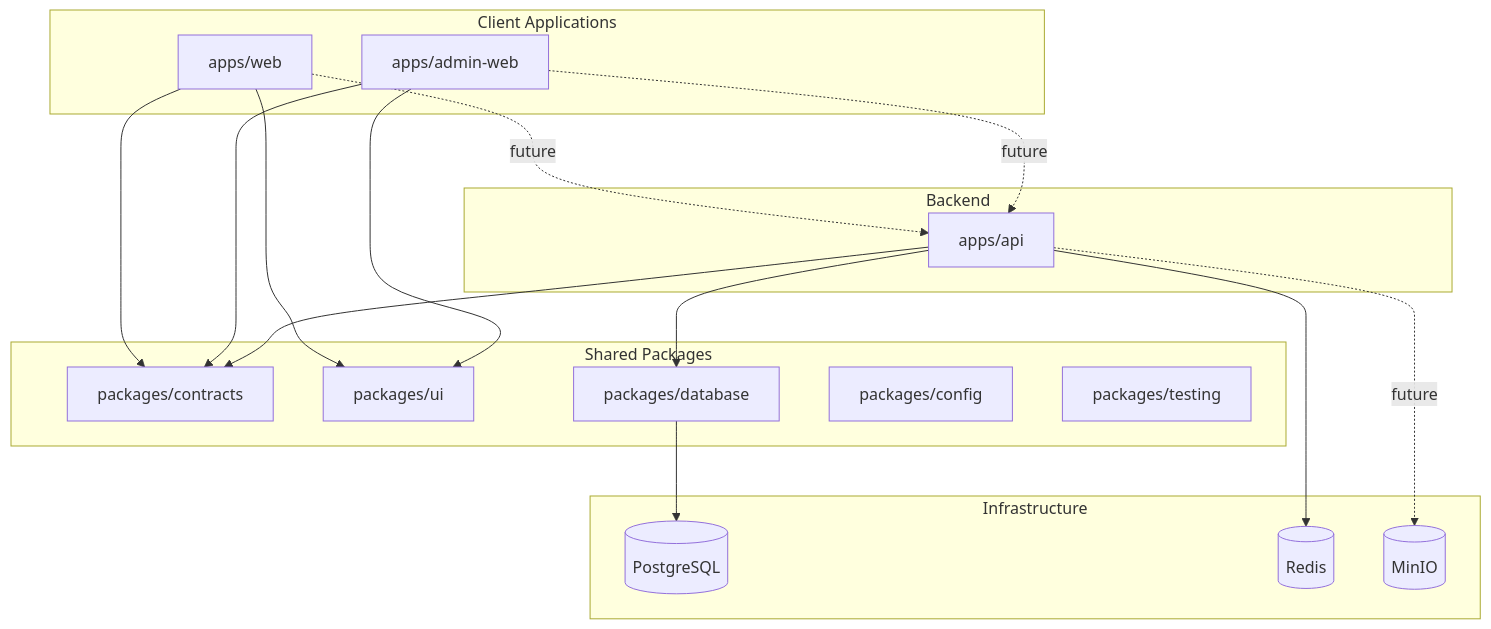
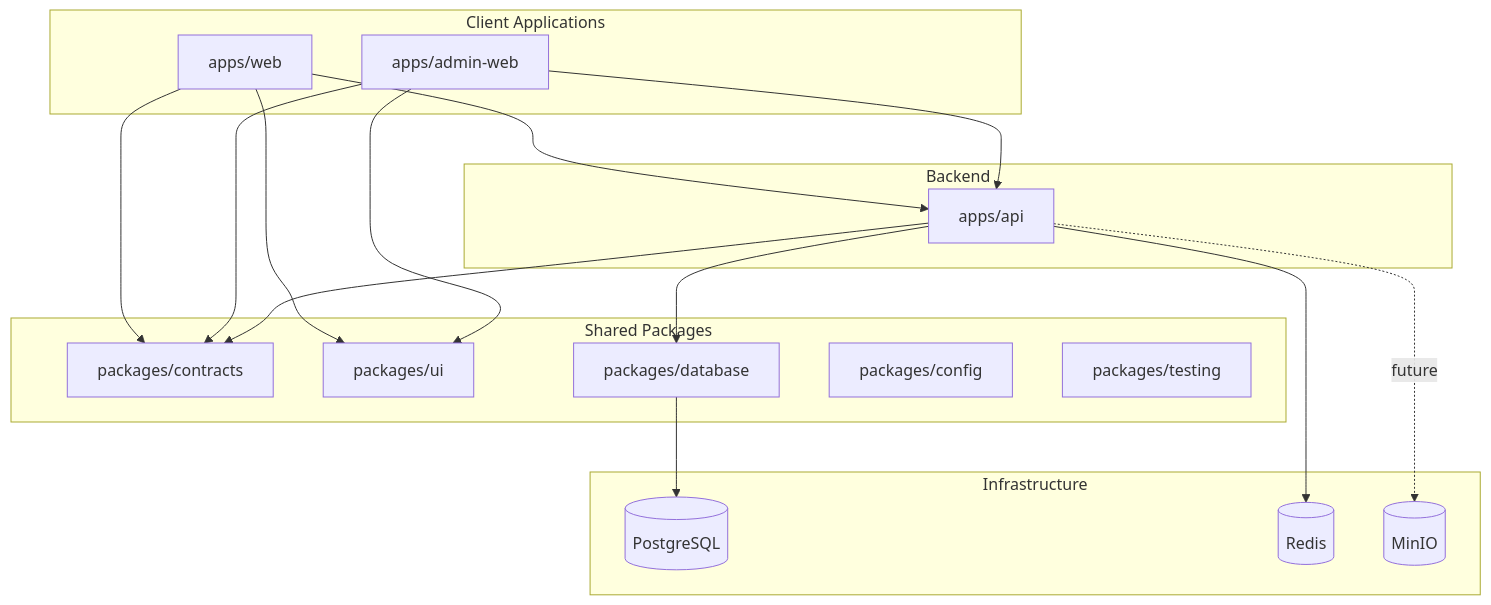
The first of 2 diagrams in docs/ARCHITECTURE.md (justicechidi136-boop/PITCHDECK-NG), drawn with Mermaid before and after one commit. The commit also changed other lines of this file and 21 other files, not shown here.

````diff
--- a/docs/ARCHITECTURE.md
+++ b/docs/ARCHITECTURE.md
@@ -7,37 +7,37 @@
 ```mermaid
 flowchart TB
   subgraph clients [Client Applications]
     Web[apps/web]
     Admin[apps/admin-web]
   end
 
   subgraph backend [Backend]
     API[apps/api]
   end
 
   subgraph shared [Shared Packages]
     Contracts[packages/contracts]
     UI[packages/ui]
     DB[packages/database]
     Config[packages/config]
     Testing[packages/testing]
   end
 
   subgraph infra [Infrastructure]
     PG[(PostgreSQL)]
     Redis[(Redis)]
     MinIO[(MinIO)]
   end
 
   Web --> Contracts
   Web --> UI
   Admin --> Contracts
   Admin --> UI
   API --> Contracts
   API --> DB
   DB --> PG
   API --> Redis
-  Web -. future .-> API
-  Admin -. future .-> API
+  Web --> API
+  Admin --> API
   API -. future .-> MinIO
 ```
````
